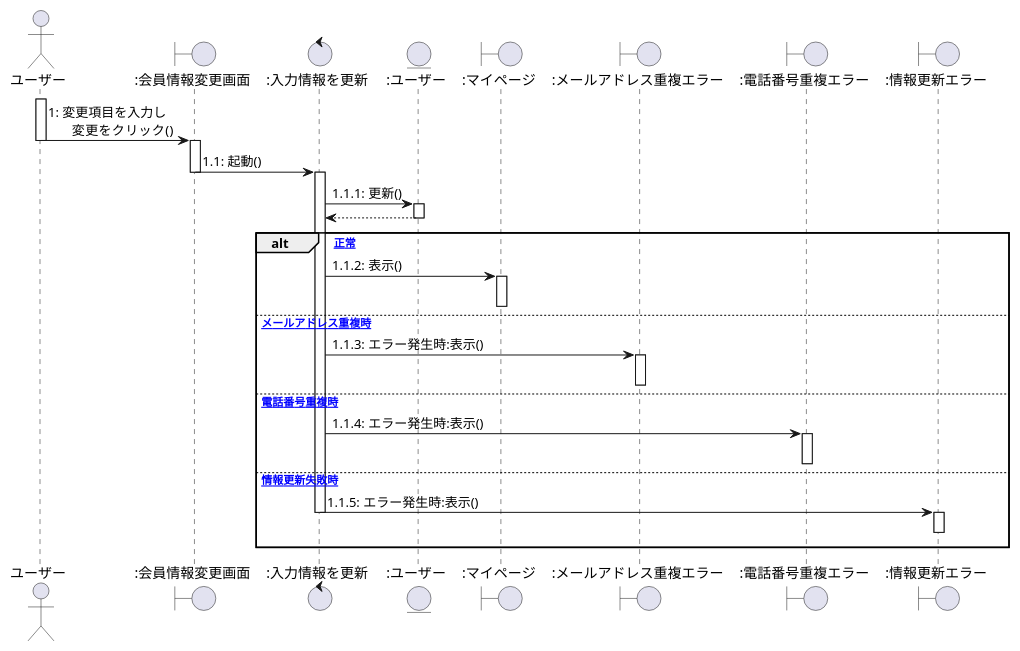
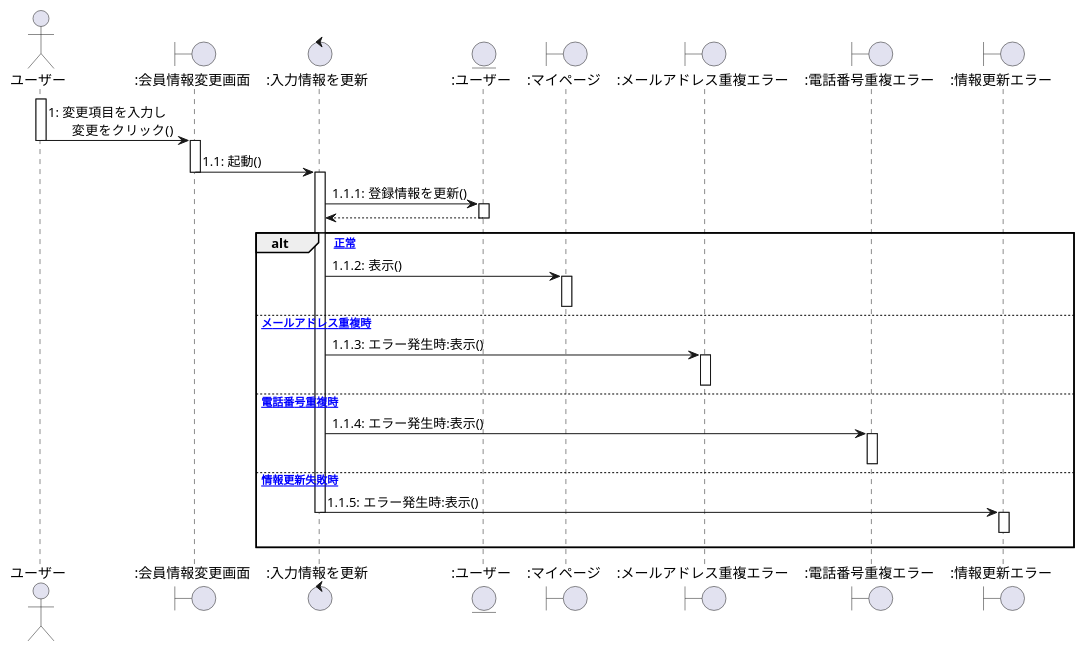
Before and after one commit to ksw2270227/GroupF: the fourth of 10 diagrams in user1_sequence.plantuml, drawn with PlantUML. The commit also changed 2 other files, not shown here.

```diff
--- a/user1_sequence.plantuml
+++ b/user1_sequence.plantuml
@@ -113,43 +113,43 @@
 @startuml 登録情報変更
 
 actor ユーザー as 0
 Boundary ":会員情報変更画面" as a
 Control ":入力情報を更新" as b
 Entity ":ユーザー" as c
 Boundary ":マイページ" as d
 Boundary ":メールアドレス重複エラー" as e
 Boundary ":電話番号重複エラー" as f
 Boundary ":情報更新エラー" as g
 
 activate 0
     0 -> a :1: 変更項目を入力し\n  　  変更をクリック()
 deactivate 0
 activate a
     a -> b :1.1: 起動()
 deactivate a
 activate b
-    b -> c :1.1.1: 更新()
+    b -> c :1.1.1: 登録情報を更新()
 activate c
     b <-- c
 deactivate c
 alt [正常]
     b -> d :1.1.2: 表示()
 activate d
 deactivate d
 else [メールアドレス重複時]
     b -> e :1.1.3: エラー発生時:表示()
 activate e
 deactivate e
 else [電話番号重複時]
     b -> f :1.1.4: エラー発生時:表示()
 activate f
 deactivate f
 else [情報更新失敗時]
     b -> g :1.1.5: エラー発生時:表示()
 deactivate b
 activate g
 g -[hidden]-> g
 deactivate g
 end
 
 @enduml
```
